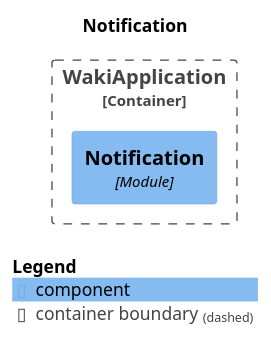
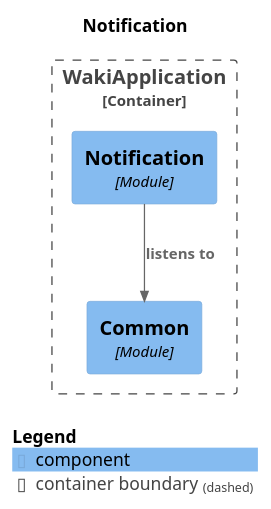
One commit to No-Country-simulation/h2-02-ft-java-react changed the diagram in backend/target/spring-modulith-docs/module-notification.puml. Above: the diagram before and after it, drawn with PlantUML. The commit also changed 250 other files, not shown here.

```diff
--- a/backend/target/spring-modulith-docs/module-notification.puml
+++ b/backend/target/spring-modulith-docs/module-notification.puml
@@ -1,17 +1,19 @@
 @startuml
 set separator none
 title Notification
 
 top to bottom direction
 
 !include <C4/C4>
 !include <C4/C4_Context>
 !include <C4/C4_Component>
 
 Container_Boundary("WakiApplication.WakiApplication_boundary", "WakiApplication", $tags="") {
+  Component(WakiApplication.WakiApplication.Common, "Common", $techn="Module", $descr="", $tags="", $link="")
   Component(WakiApplication.WakiApplication.Notification, "Notification", $techn="Module", $descr="", $tags="", $link="")
 }
 
+Rel(WakiApplication.WakiApplication.Notification, WakiApplication.WakiApplication.Common, "listens to", $techn="", $tags="", $link="")
 
 SHOW_LEGEND(true)
 @enduml
```
